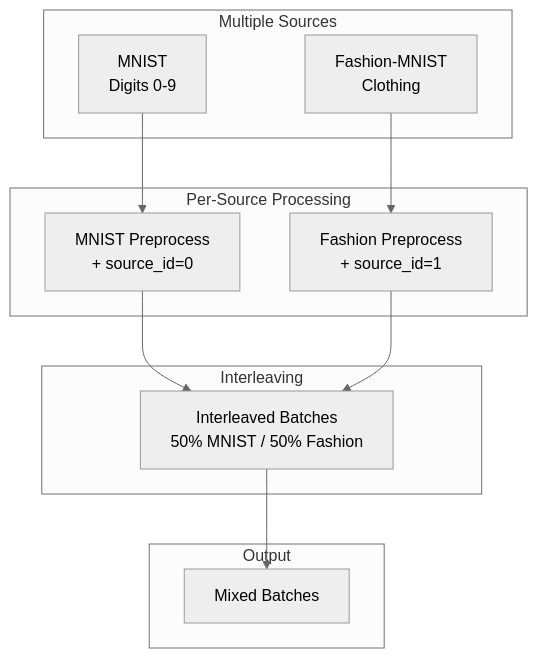
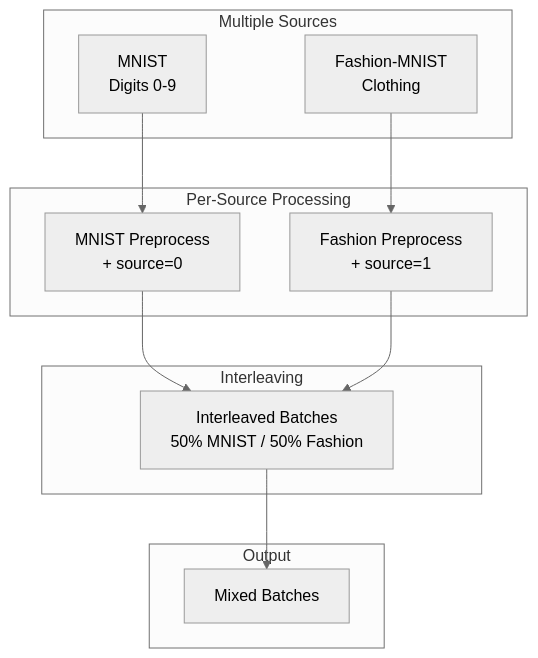
Before and after one commit to avitai/datarax: the diagram in docs/examples/advanced/multi_source/interleaved-tutorial.md, drawn with Mermaid (neutral theme). The commit also changed other lines of this file and 257 other files, not shown here.

````diff
--- a/docs/examples/advanced/multi_source/interleaved-tutorial.md
+++ b/docs/examples/advanced/multi_source/interleaved-tutorial.md
@@ -58,24 +58,24 @@
 ```mermaid
 flowchart TB
     subgraph Sources["Multiple Sources"]
         M[MNIST<br/>Digits 0-9]
         F[Fashion-MNIST<br/>Clothing]
     end
 
     subgraph Preprocess["Per-Source Processing"]
-        MP[MNIST Preprocess<br/>+ source_id=0]
-        FP[Fashion Preprocess<br/>+ source_id=1]
+        MP[MNIST Preprocess<br/>+ source=0]
+        FP[Fashion Preprocess<br/>+ source=1]
     end
 
     subgraph Combine["Interleaving"]
         I[Interleaved Batches<br/>50% MNIST / 50% Fashion]
     end
 
     subgraph Output["Output"]
         O[Mixed Batches]
     end
 
     M --> MP --> I
     F --> FP --> I
     I --> O
 ```
````
